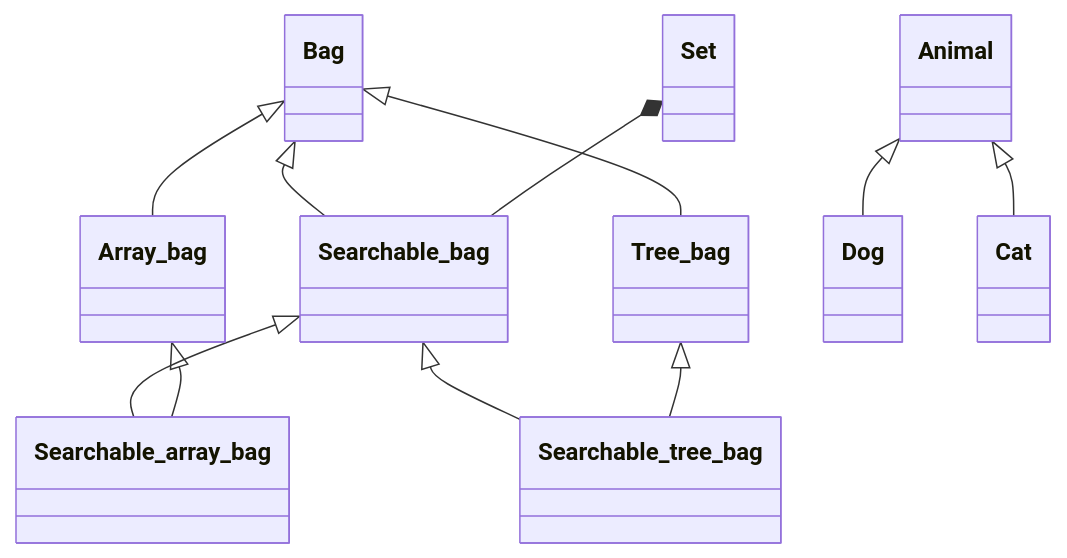
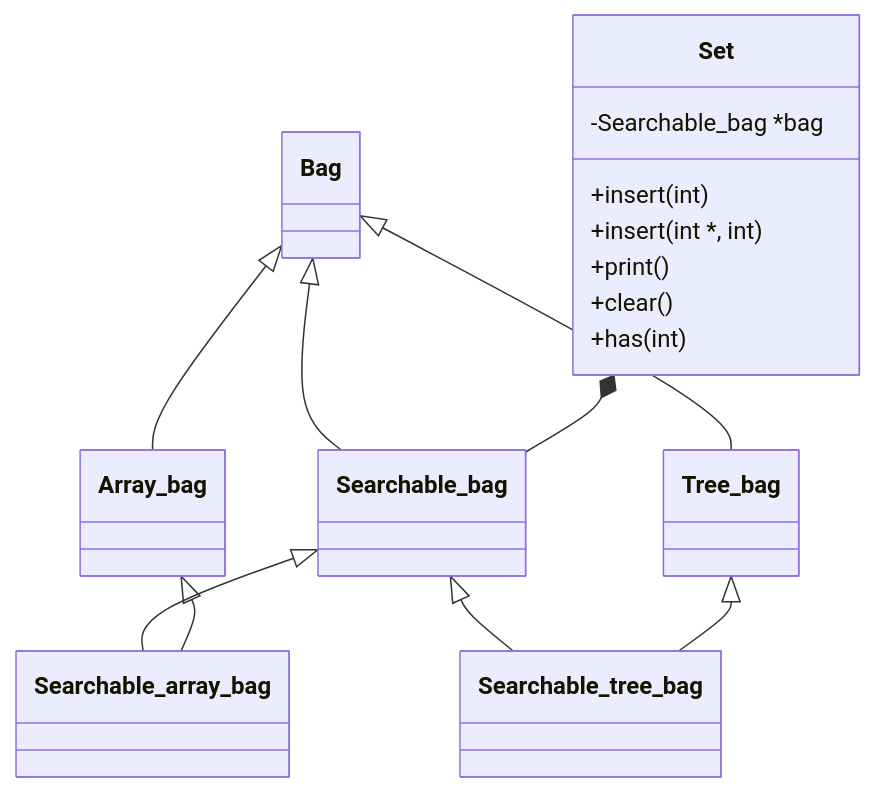
One commit to luismiguelcasadodiaz/Exam_rank_05 changed the diagram in l0/polyset/README.md. Above: the diagram before and after it, drawn with Mermaid.

````diff
--- a/l0/polyset/README.md
+++ b/l0/polyset/README.md
@@ -16,20 +16,24 @@
 ```mermaid
 classDiagram
   class Bag
   class Array_bag
   class Tree_bag
   class Searchable_bag
   class Searchable_array_bag
   class Searchable_tree_bag
   class Set
-  Animal <|-- Dog
-  Animal <|-- Cat
+  Set : -Searchable_bag *bag
+  Set : +insert(int)
+  Set : +insert(int *, int)
+  Set : +print()
+  Set : +clear()
+  Set : +has(int)
   Bag <|-- Array_bag
   Bag <|-- Tree_bag
   Bag <|-- Searchable_bag
   Searchable_bag <|-- Searchable_tree_bag
   Searchable_bag <|-- Searchable_array_bag
   Tree_bag <|-- Searchable_tree_bag
   Array_bag <|-- Searchable_array_bag
   Set *-- Searchable_bag
 ```
````
